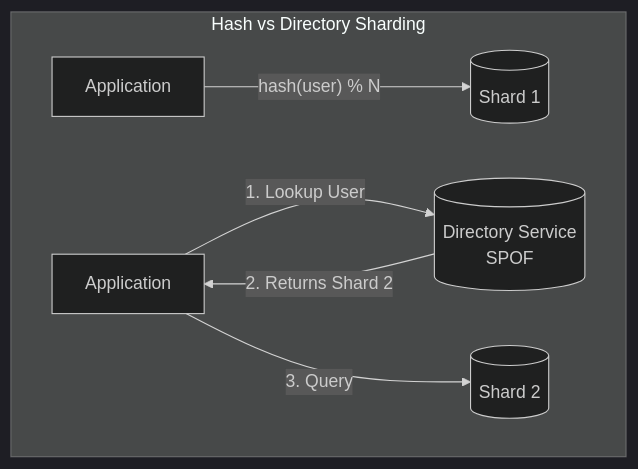
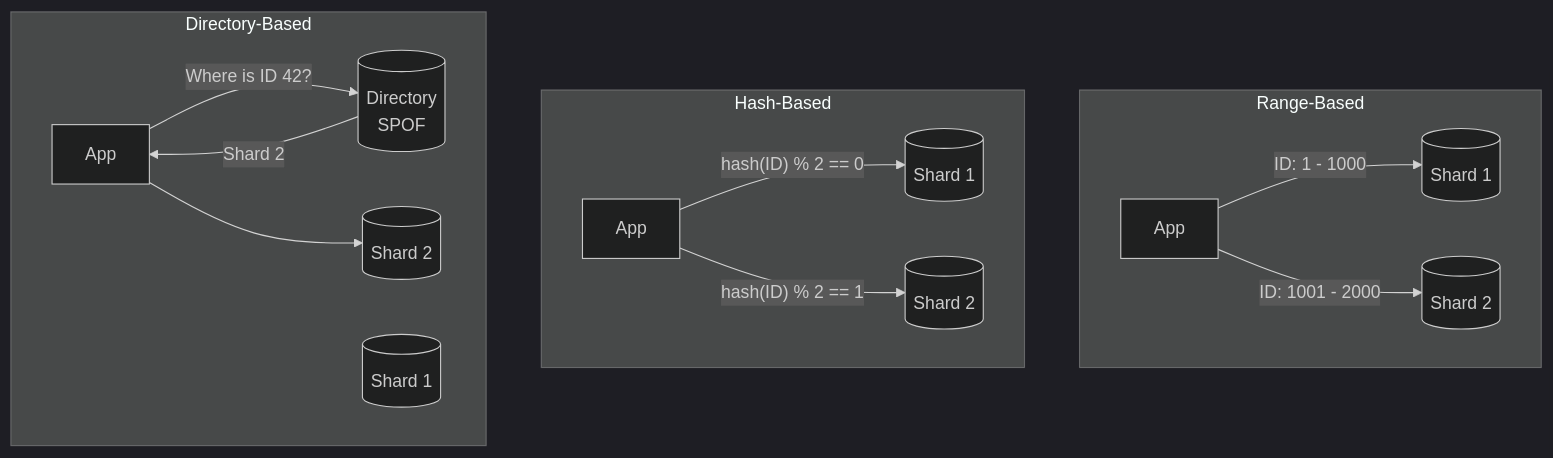
Before and after one commit to abhinnaagrawal/system-design-notes: diagram 18 of 25 in Building_Blocks.md, drawn with Mermaid (dark theme). The commit also changed other lines of this file and 1 other file, not shown here.

Commit message:
feat: replace Excalidraw image with native Mermaid diagrams for Sharding

````diff
--- a/Building_Blocks.md
+++ b/Building_Blocks.md
@@ -1425,17 +1443,19 @@
 ```mermaid
 flowchart TD
-    subgraph Hash vs Directory Sharding
-        App1[Application]
-        App2[Application]
-        
-        Dir[(Directory Service \n SPOF)]
-        
-        S1[(Shard 1)]
-        S2[(Shard 2)]
-        
-        App1 -- "hash(user) % N" --> S1
-        App2 -- "1. Lookup User" --> Dir
-        Dir -- "2. Returns Shard 2" --> App2
-        App2 -- "3. Query" --> S2
+    subgraph Range-Based
+        R_App[App] --> |"ID: 1 - 1000"| R_S1[(Shard 1)]
+        R_App --> |"ID: 1001 - 2000"| R_S2[(Shard 2)]
+    end
+    
+    subgraph Hash-Based
+        H_App[App] --> |"hash(ID) % 2 == 0"| H_S1[(Shard 1)]
+        H_App --> |"hash(ID) % 2 == 1"| H_S2[(Shard 2)]
+    end
+    
+    subgraph Directory-Based
+        D_App[App] --> |"Where is ID 42?"| Dir[(Directory \n SPOF)]
+        Dir --> |"Shard 2"| D_App
+        D_App --> D_S2[(Shard 2)]
+        D_S1[(Shard 1)]
     end
 ```
````
